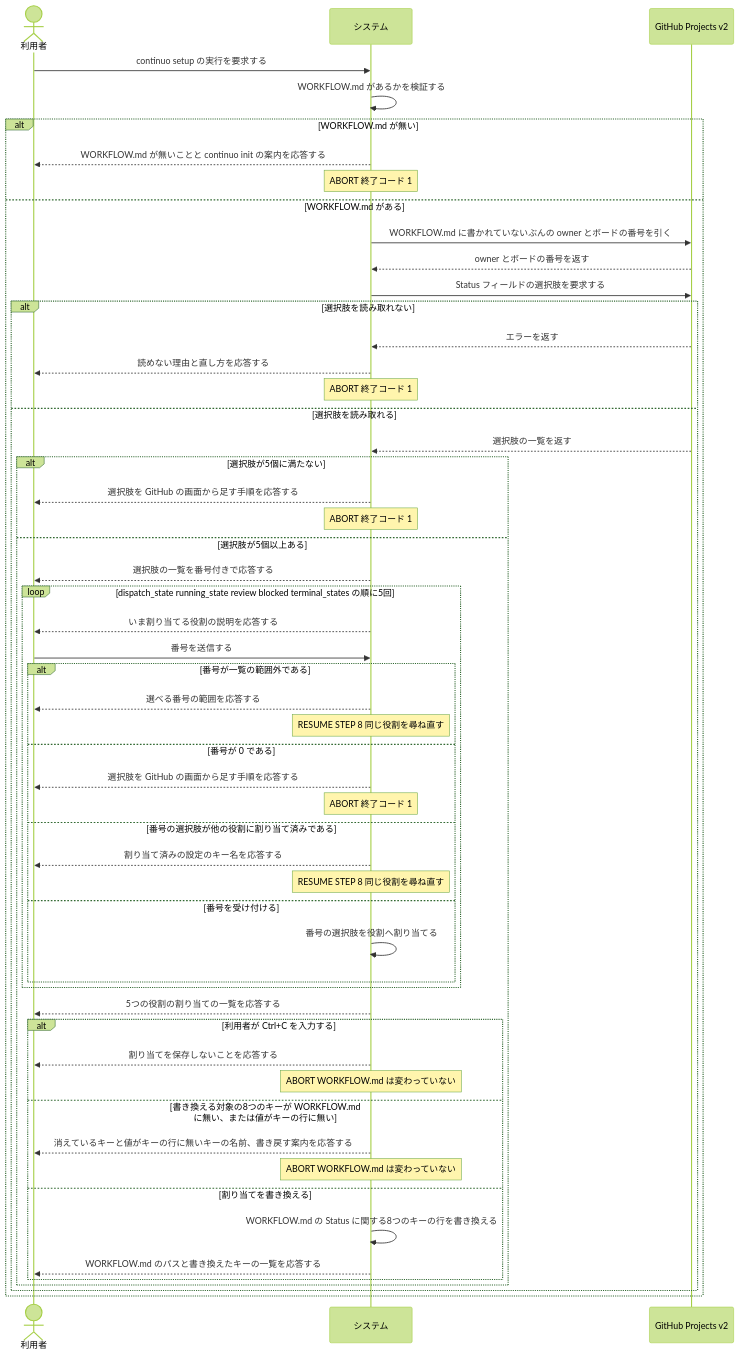
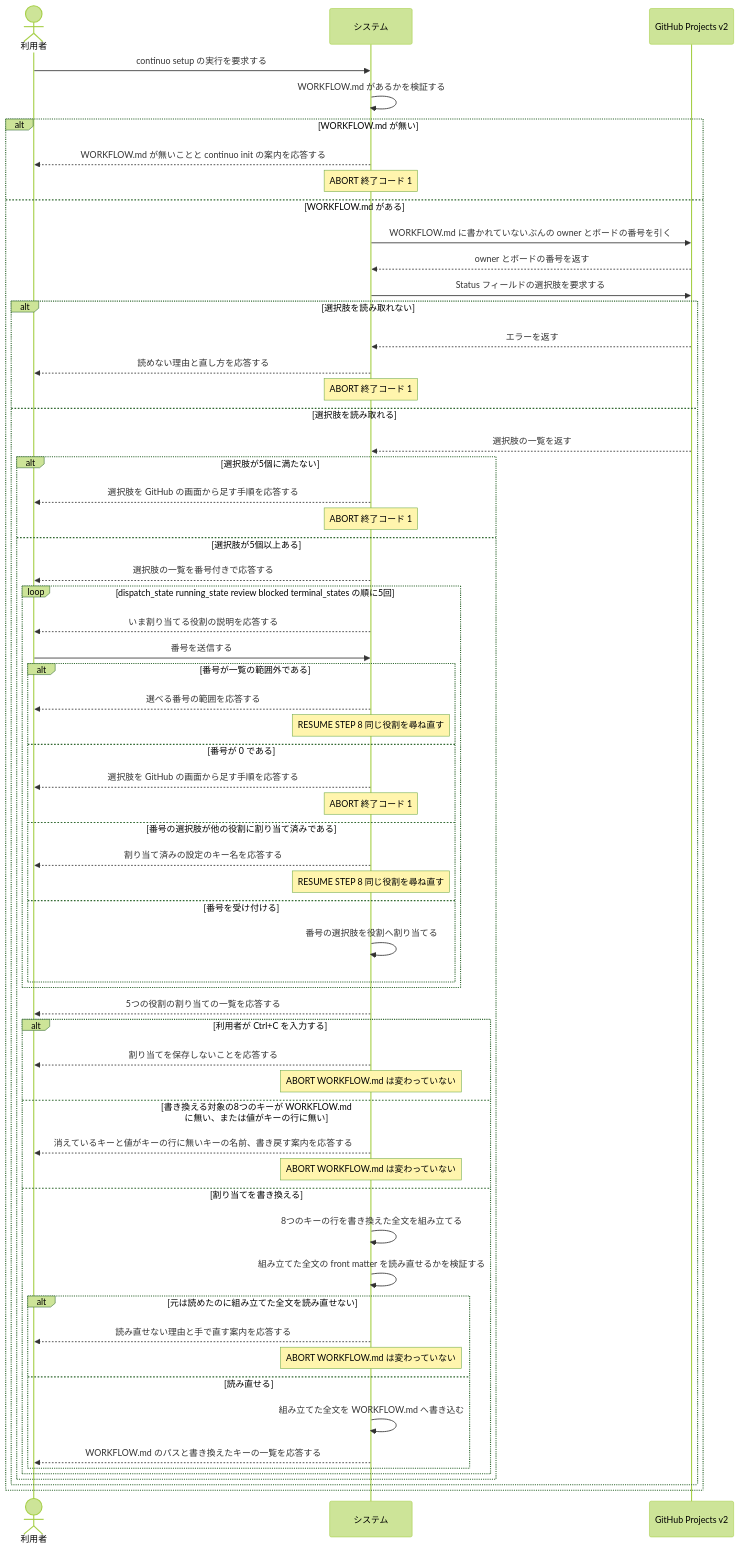
One commit to maimuzo/continuo changed the second of 2 diagrams in docs/spec/usecases/particular_case/既存のボードの Status を割り当てる.rucm.md. Above: the diagram before and after it, drawn with Mermaid (forest theme). The commit also changed other lines of this file and 30 other files, not shown here.

````diff
--- a/docs/spec/usecases/particular_case/既存のボードの Status を割り当てる.rucm.md
+++ b/docs/spec/usecases/particular_case/既存のボードの Status を割り当てる.rucm.md
@@ -255,57 +276,64 @@
 ```mermaid
 sequenceDiagram
     actor User as 利用者
     participant Sys as システム
     participant GH as GitHub Projects v2
 
     User->>Sys: continuo setup の実行を要求する
     Sys->>Sys: WORKFLOW.md があるかを検証する
     alt WORKFLOW.md が無い
         Sys-->>User: WORKFLOW.md が無いことと continuo init の案内を応答する
         Note over Sys: ABORT 終了コード 1
     else WORKFLOW.md がある
         Sys->>GH: WORKFLOW.md に書かれていないぶんの owner とボードの番号を引く
         GH-->>Sys: owner とボードの番号を返す
         Sys->>GH: Status フィールドの選択肢を要求する
         alt 選択肢を読み取れない
             GH-->>Sys: エラーを返す
             Sys-->>User: 読めない理由と直し方を応答する
             Note over Sys: ABORT 終了コード 1
         else 選択肢を読み取れる
             GH-->>Sys: 選択肢の一覧を返す
             alt 選択肢が5個に満たない
                 Sys-->>User: 選択肢を GitHub の画面から足す手順を応答する
                 Note over Sys: ABORT 終了コード 1
             else 選択肢が5個以上ある
                 Sys-->>User: 選択肢の一覧を番号付きで応答する
                 loop dispatch_state running_state review blocked terminal_states の順に5回
                     Sys-->>User: いま割り当てる役割の説明を応答する
                     User->>Sys: 番号を送信する
                     alt 番号が一覧の範囲外である
                         Sys-->>User: 選べる番号の範囲を応答する
                         Note over Sys: RESUME STEP 8 同じ役割を尋ね直す
                     else 番号が 0 である
                         Sys-->>User: 選択肢を GitHub の画面から足す手順を応答する
                         Note over Sys: ABORT 終了コード 1
                     else 番号の選択肢が他の役割に割り当て済みである
                         Sys-->>User: 割り当て済みの設定のキー名を応答する
                         Note over Sys: RESUME STEP 8 同じ役割を尋ね直す
                     else 番号を受け付ける
                         Sys->>Sys: 番号の選択肢を役割へ割り当てる
                     end
                 end
                 Sys-->>User: 5つの役割の割り当ての一覧を応答する
                 alt 利用者が Ctrl+C を入力する
                     Sys-->>User: 割り当てを保存しないことを応答する
                     Note over Sys: ABORT WORKFLOW.md は変わっていない
                 else 書き換える対象の8つのキーが WORKFLOW.md に無い、または値がキーの行に無い
                     Sys-->>User: 消えているキーと値がキーの行に無いキーの名前、書き戻す案内を応答する
                     Note over Sys: ABORT WORKFLOW.md は変わっていない
                 else 割り当てを書き換える
-                    Sys->>Sys: WORKFLOW.md の Status に関する8つのキーの行を書き換える
-                    Sys-->>User: WORKFLOW.md のパスと書き換えたキーの一覧を応答する
+                    Sys->>Sys: 8つのキーの行を書き換えた全文を組み立てる
+                    Sys->>Sys: 組み立てた全文の front matter を読み直せるかを検証する
+                    alt 元は読めたのに組み立てた全文を読み直せない
+                        Sys-->>User: 読み直せない理由と手で直す案内を応答する
+                        Note over Sys: ABORT WORKFLOW.md は変わっていない
+                    else 読み直せる
+                        Sys->>Sys: 組み立てた全文を WORKFLOW.md へ書き込む
+                        Sys-->>User: WORKFLOW.md のパスと書き換えたキーの一覧を応答する
+                    end
                 end
             end
         end
     end
 ```
````
